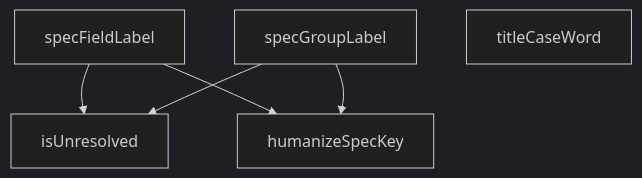
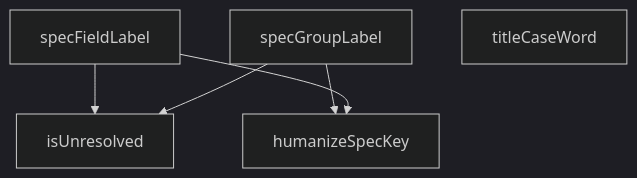
Before and after one commit to peckop/venthub-hvac-esite: the diagram in src/utils/specLabel.md, drawn with Mermaid (dark theme). The commit also changed other lines of this file and 169 other files, not shown here.

````diff
--- a/src/utils/specLabel.md
+++ b/src/utils/specLabel.md
@@ -137,12 +137,12 @@
 ```mermaid
 graph TD
     specLabel_ts__humanizeSpecKey["humanizeSpecKey"]
     specLabel_ts__isUnresolved["isUnresolved"]
     specLabel_ts__specFieldLabel["specFieldLabel"]
     specLabel_ts__specGroupLabel["specGroupLabel"]
     specLabel_ts__titleCaseWord["titleCaseWord"]
+    specLabel_ts__specGroupLabel --> specLabel_ts__humanizeSpecKey
     specLabel_ts__specFieldLabel --> specLabel_ts__isUnresolved
+    specLabel_ts__specGroupLabel --> specLabel_ts__isUnresolved
     specLabel_ts__specFieldLabel --> specLabel_ts__humanizeSpecKey
-    specLabel_ts__specGroupLabel --> specLabel_ts__isUnresolved
-    specLabel_ts__specGroupLabel --> specLabel_ts__humanizeSpecKey
 ```
````
